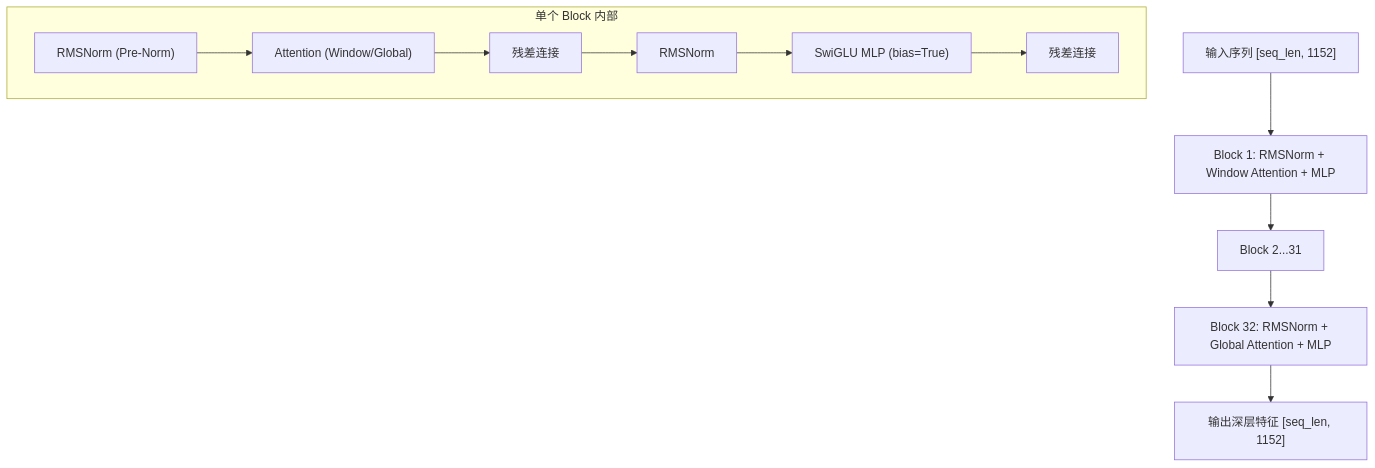
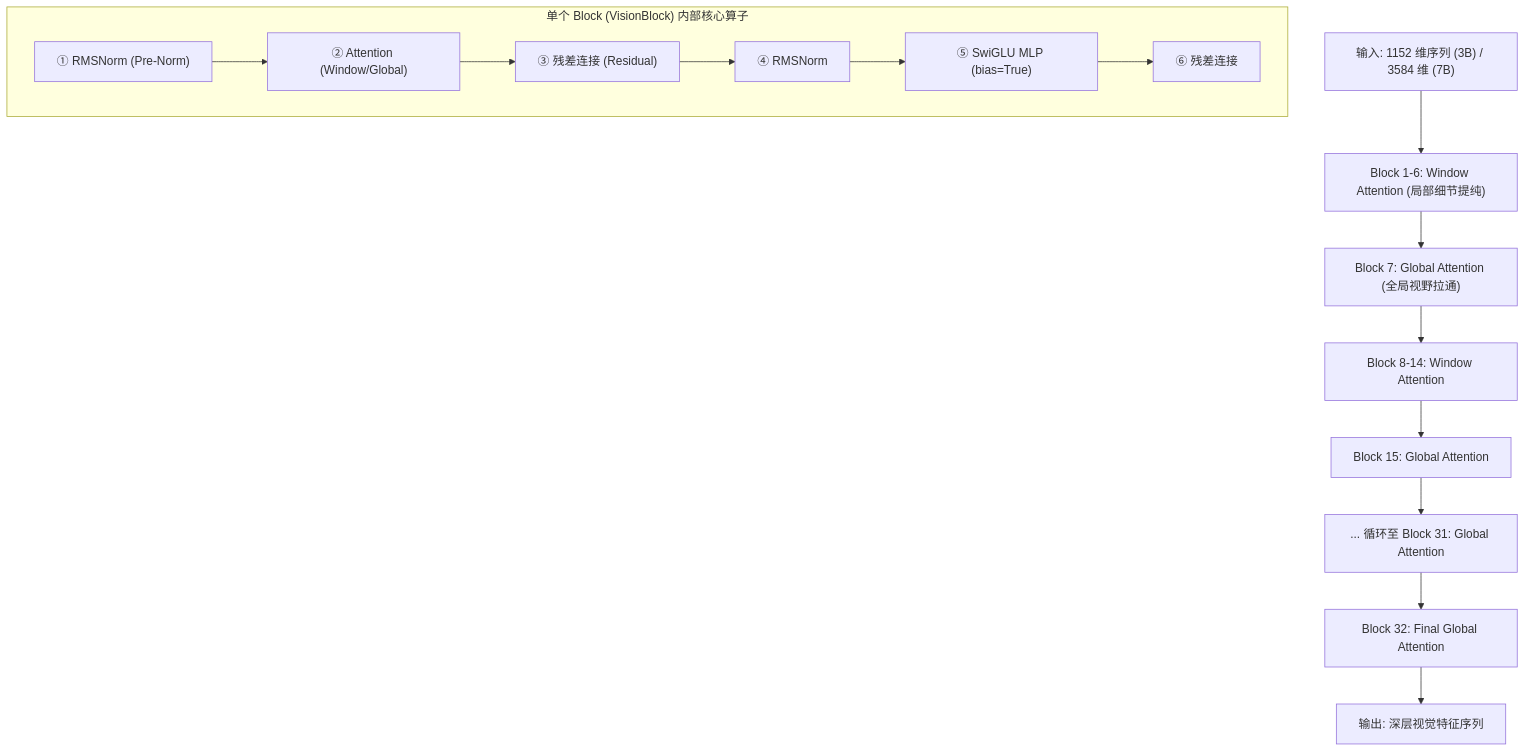
The diagram in wiki/concepts/vit_核心原理与结构.md (pokemonAndCodeMaster/llm_knowledge_base), drawn with Mermaid before and after one commit. The commit also changed other lines of this file and 3 other files, not shown here.

````diff
--- a/wiki/concepts/vit_核心原理与结构.md
+++ b/wiki/concepts/vit_核心原理与结构.md
@@ -19,15 +21,18 @@
 ```mermaid
 graph TD
-    A["输入序列 [seq_len, 1152]"] --> B["Block 1: RMSNorm + Window Attention + MLP"]
-    B --> C["Block 2...31"]
-    C --> D["Block 32: RMSNorm + Global Attention + MLP"]
-    D --> E["输出深层特征 [seq_len, 1152]"]
-    
-    subgraph "单个 Block 内部"
-        N1["RMSNorm (Pre-Norm)"] --> ATT["Attention (Window/Global)"]
-        ATT --> ADD1["残差连接"]
-        ADD1 --> N2["RMSNorm"]
-        N2 --> MLP["SwiGLU MLP (bias=True)"]
-        MLP --> ADD2["残差连接"]
+    A["输入: 1152 维序列 (3B) / 3584 维 (7B)"] --> B["Block 1-6: Window Attention (局部细节提纯)"]
+    B --> C["Block 7: Global Attention (全局视野拉通)"]
+    C --> D["Block 8-14: Window Attention"]
+    D --> E["Block 15: Global Attention"]
+    E --> F["... 循环至 Block 31: Global Attention"]
+    F --> G["Block 32: Final Global Attention"]
+    G --> H["输出: 深层视觉特征序列"]
+
+    subgraph "单个 Block (VisionBlock) 内部核心算子"
+        N1["① RMSNorm (Pre-Norm)"] --> ATT["② Attention (Window/Global)"]
+        ATT --> ADD1["③ 残差连接 (Residual)"]
+        ADD1 --> N2["④ RMSNorm"]
+        N2 --> MLP["⑤ SwiGLU MLP (bias=True)"]
+        MLP --> ADD2["⑥ 残差连接"]
     end
 ```
````
